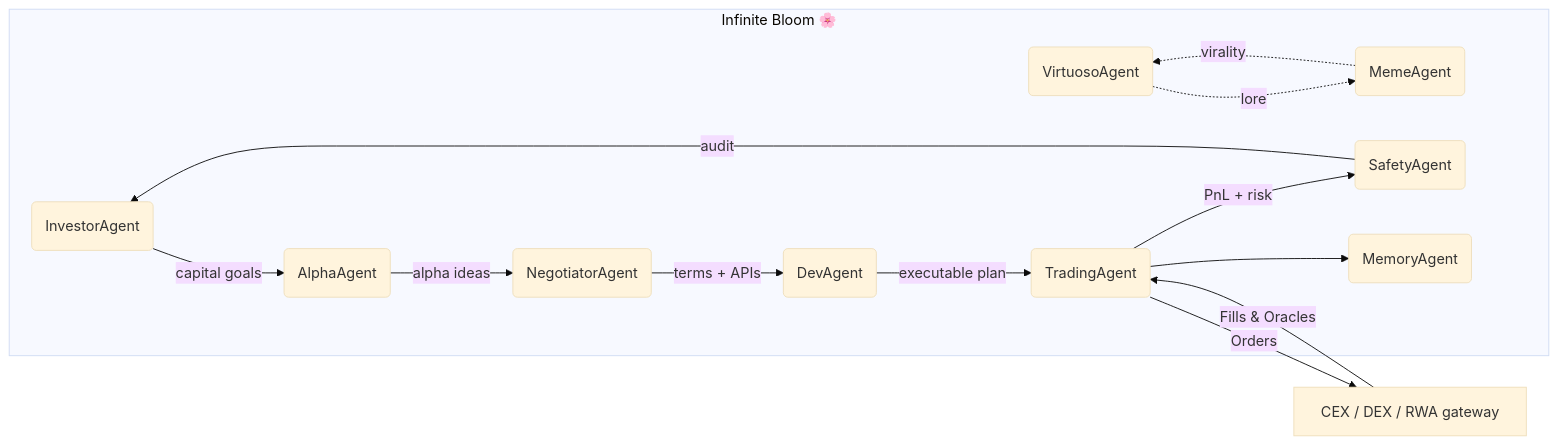
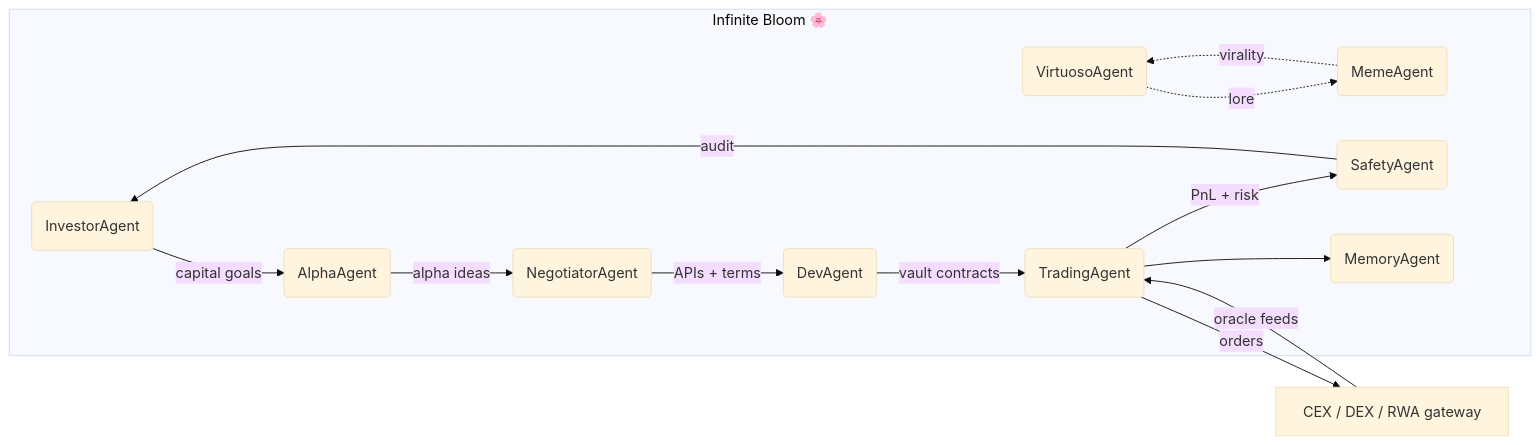
One commit to vishalbelsare/AGI-Alpha-Agent-v0 changed the diagram in alpha_factory_v1/demos/alpha_agi_business_2_v1/README.md. Above: the diagram before and after it, drawn with Mermaid (base theme). The commit also changed other lines of this file, not shown here.

````diff
--- a/alpha_factory_v1/demos/alpha_agi_business_2_v1/README.md
+++ b/alpha_factory_v1/demos/alpha_agi_business_2_v1/README.md
@@ -60,28 +66,29 @@
 ```mermaid
 flowchart LR
-    subgraph "Infinite Bloom 🌸"
-        A1(InvestorAgent)
-        A2(AlphaAgent)
-        A3(NegotiatorAgent)
-        A4(DevAgent)
-        A5(TradingAgent)
-        A6(VirtuosoAgent)
-        A7(MemeAgent)
-        Safe(SafetyAgent)
-        Mem(MemoryAgent)
+  subgraph "Infinite Bloom 🌸"
+    Investor(InvestorAgent)
+    Alpha(AlphaAgent)
+    Negotiator(NegotiatorAgent)
+    Dev(DevAgent)
+    Trader(TradingAgent)
+    Virtuoso(VirtuosoAgent)
+    Meme(MemeAgent)
+    Safety(SafetyAgent)
+    Memory(MemoryAgent)
 
-        A1 -->|capital goals| A2
-        A2 -->|alpha ideas| A3
-        A3 -->|terms + APIs| A4
-        A4 -->|executable plan| A5
-        A5 -->|PnL + risk| Safe
-        A5 --> Mem
-        A6 -. lore .-> A7
-        A7 -. virality .-> A6
-        Safe -->|audit| A1
-    end
+    Investor -->|capital goals| Alpha
+    Alpha -->|alpha ideas| Negotiator
+    Negotiator -->|APIs + terms| Dev
+    Dev -->|vault contracts| Trader
+    Trader -->|PnL + risk| Safety
+    Trader --> Memory
 
-    Venue["CEX / DEX / RWA gateway"]
-    A5 -->|Orders| Venue
-    Venue -->|Fills & Oracles| A5
+    Virtuoso -. lore .-> Meme
+    Meme -. virality .-> Virtuoso
+    Safety -->|audit| Investor
+  end
+
+  Venue["CEX / DEX / RWA gateway"]
+  Trader -->|orders| Venue
+  Venue -->|oracle feeds| Trader
 ```
````
